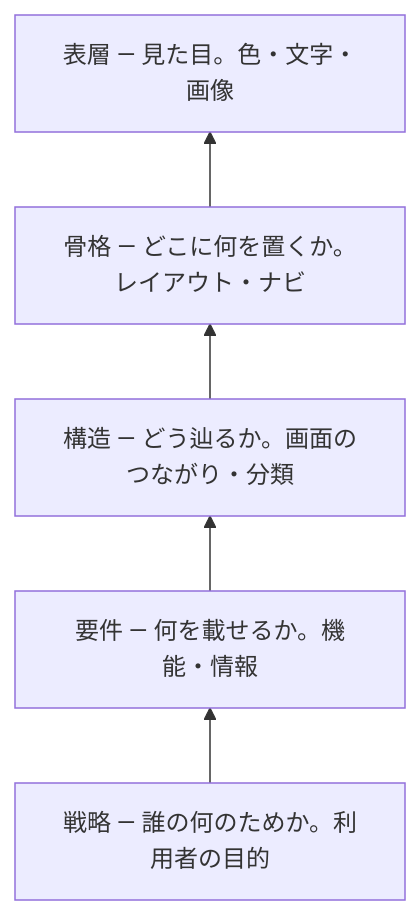
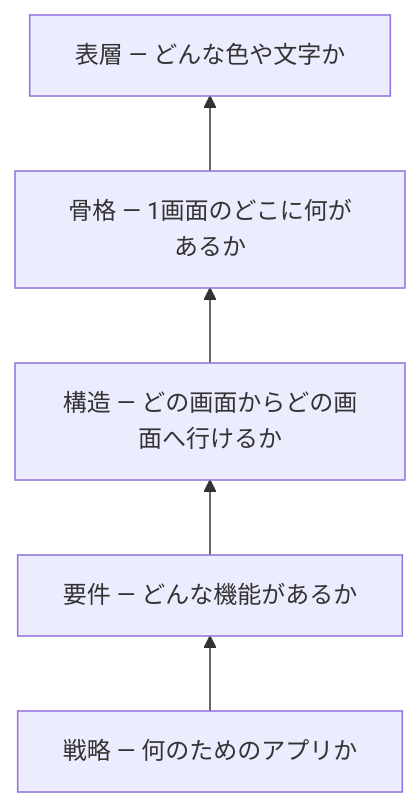
Before and after one commit to ozaki25/web-front-training-ozaki25: the diagram in docs/drafts/172/index.md, drawn with Mermaid. The commit also changed other lines of this file, not shown here.

````diff
--- a/docs/drafts/172/index.md
+++ b/docs/drafts/172/index.md
@@ -17,9 +17,9 @@
 ```mermaid
 flowchart BT
-  s1["戦略 — 誰の何のためか。利用者の目的"]
-  s2["要件 — 何を載せるか。機能・情報"]
-  s3["構造 — どう辿るか。画面のつながり・分類"]
-  s4["骨格 — どこに何を置くか。レイアウト・ナビ"]
-  s5["表層 — 見た目。色・文字・画像"]
+  s1["戦略 — 何のためのアプリか"]
+  s2["要件 — どんな機能があるか"]
+  s3["構造 — どの画面からどの画面へ行けるか"]
+  s4["骨格 — 1画面のどこに何があるか"]
+  s5["表層 — どんな色や文字か"]
   s1 --> s2 --> s3 --> s4 --> s5
 ```
````
